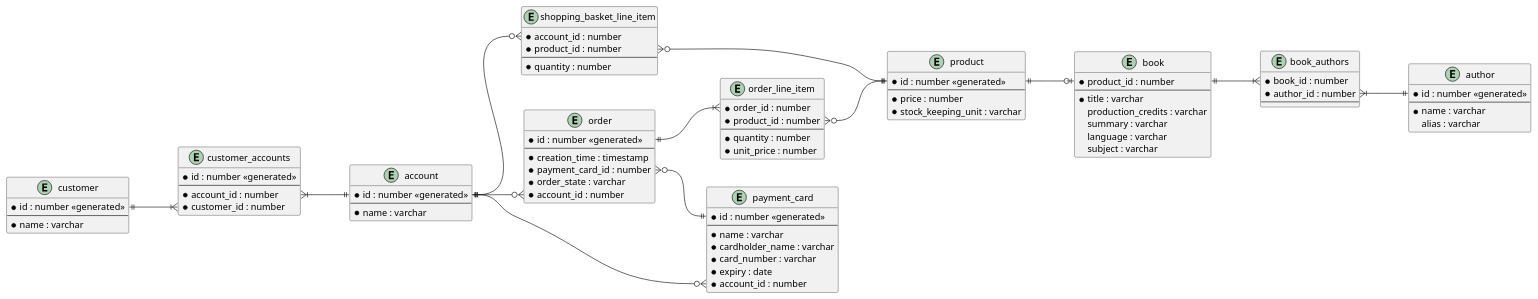
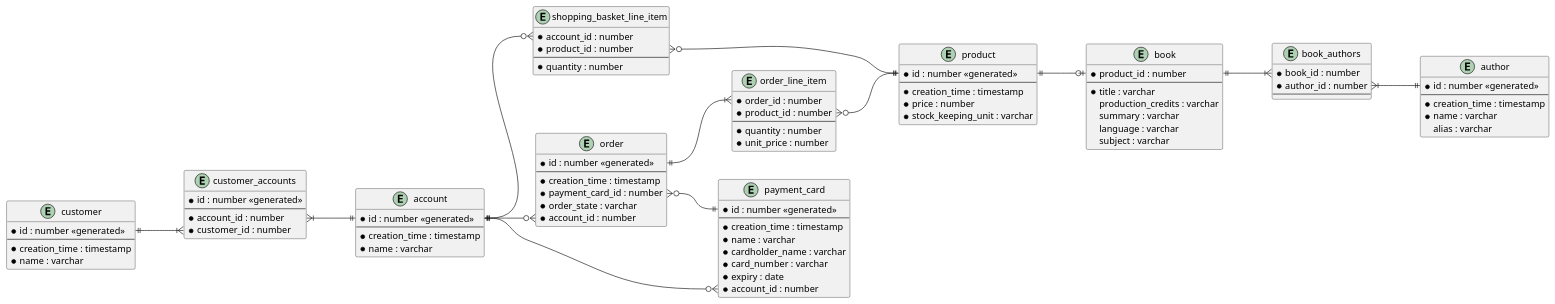
The diagram in docs/design/book_shop_relational_schema_diagram.plantuml (dtmo/bookshop), drawn with PlantUML before and after one commit. The commit also changed 3 other files, not shown here.

```diff
--- a/docs/design/book_shop_relational_schema_diagram.plantuml
+++ b/docs/design/book_shop_relational_schema_diagram.plantuml
@@ -1,101 +1,106 @@
 @startuml
 
 left to right direction
 
 entity customer {
     * id : number <<generated>>
     --
+    * creation_time : timestamp
     * name : varchar
 }
 
 entity account {
     * id : number <<generated>>
     --
+    * creation_time : timestamp
     * name : varchar
 }
 
 entity customer_accounts {
     * id : number <<generated>>
     --
     * account_id : number
     * customer_id : number
 }
 
 entity product {
     * id : number <<generated>>
     --
+    * creation_time : timestamp
     * price : number
     * stock_keeping_unit : varchar
 }
 
 entity shopping_basket_line_item {
     * account_id : number
     * product_id : number
     --
     * quantity : number
 }
 
 entity payment_card {
     * id : number <<generated>>
     --
+    * creation_time : timestamp
     * name : varchar
     * cardholder_name : varchar
     * card_number : varchar
     * expiry : date
     * account_id : number
 }
 
 entity order {
     * id : number <<generated>>
     --
     * creation_time : timestamp
     * payment_card_id : number
     * order_state : varchar
     * account_id : number
 }
 
 entity order_line_item {
     * order_id : number
     * product_id : number
     --
     * quantity : number
     * unit_price : number
 }
 
 entity author {
     * id : number <<generated>>
     --
+    * creation_time : timestamp
     * name : varchar
     alias : varchar
 }
 
 entity book {
     * product_id : number
     --
     * title : varchar
     production_credits : varchar
     summary : varchar
     language : varchar
     subject : varchar
 }
 
 entity book_authors {
     * book_id : number
     * author_id : number
     --
 }
 
 customer::id ||--|{ customer_accounts::customer_id
 customer_accounts::account_id }|--|| account::id
 account::id ||--o{ shopping_basket_line_item::account_id
 shopping_basket_line_item::product_id }o--|| product::id
 account::id ||--o{ payment_card::account_id
 account::id ||--o{ order::account_id
 order::id ||--|{ order_line_item::order_id
 order::payment_card_id }o--|| payment_card::id
 order_line_item::product_id }o--|| product::id
 product::id ||--o| book::product_id
 book::product_id ||--|{ book_authors::book_id
 book_authors::author_id }|--|| author::id
 
 @enduml
```
